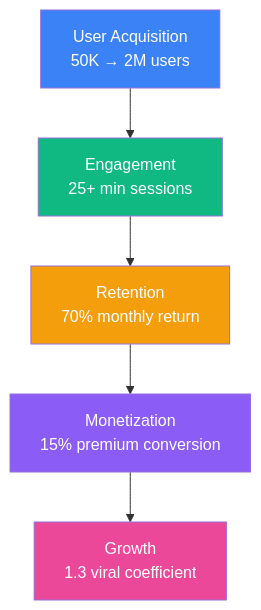
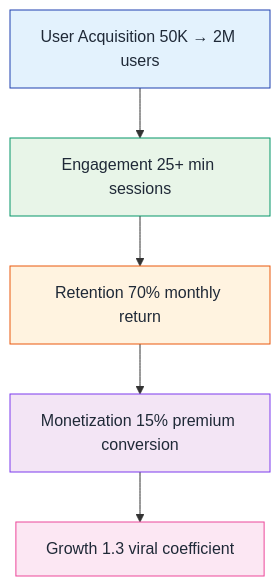
The fourth of 4 diagrams in docs/market-analysis.md (SkaFld-Ignite/ref-u-wireframes), drawn with Mermaid before and after one commit. The commit also changed other lines of this file and 3 other files, not shown here.

Commit message:
Fix: Remove HTML br tags and dollar signs from all Mermaid diagrams - resolves parse errors

````diff
--- a/docs/market-analysis.md
+++ b/docs/market-analysis.md
@@ -157,13 +126,13 @@
 ```mermaid
 graph TD
-    A[User Acquisition<br/>50K → 2M users] --> B[Engagement<br/>25+ min sessions]
-    B --> C[Retention<br/>70% monthly return]
-    C --> D[Monetization<br/>15% premium conversion]
-    D --> E[Growth<br/>1.3 viral coefficient]
+    A[User Acquisition 50K → 2M users] --> B[Engagement 25+ min sessions]
+    B --> C[Retention 70% monthly return]
+    C --> D[Monetization 15% premium conversion]
+    D --> E[Growth 1.3 viral coefficient]
     
-    style A fill:#3b82f6,color:white
-    style B fill:#10b981,color:white
-    style C fill:#f59e0b,color:white
-    style D fill:#8b5cf6,color:white
-    style E fill:#ec4899,color:white
+    style A fill:#e3f2fd,stroke:#1e40af,color:#1f2937
+    style B fill:#e8f5e8,stroke:#059669,color:#1f2937
+    style C fill:#fff3e0,stroke:#ea580c,color:#1f2937
+    style D fill:#f3e5f5,stroke:#7c3aed,color:#1f2937
+    style E fill:#fce7f3,stroke:#ec4899,color:#1f2937
 ```
````
